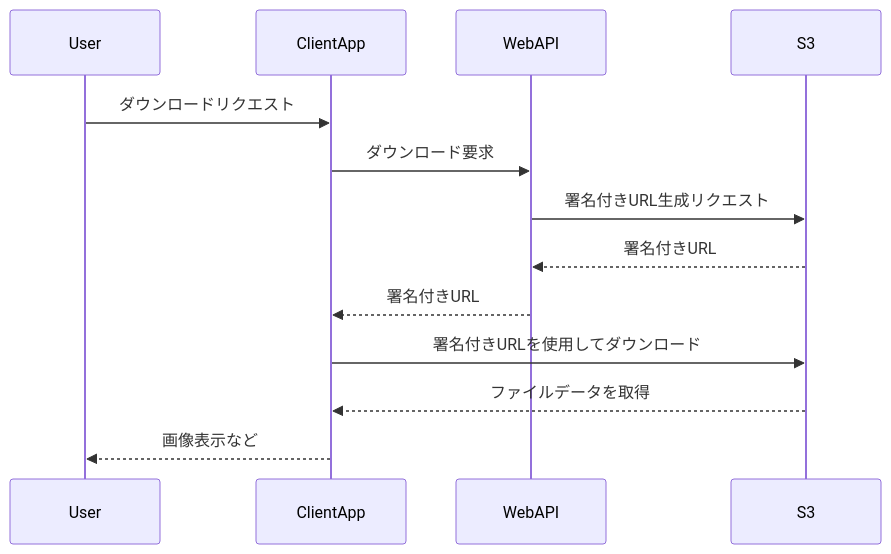
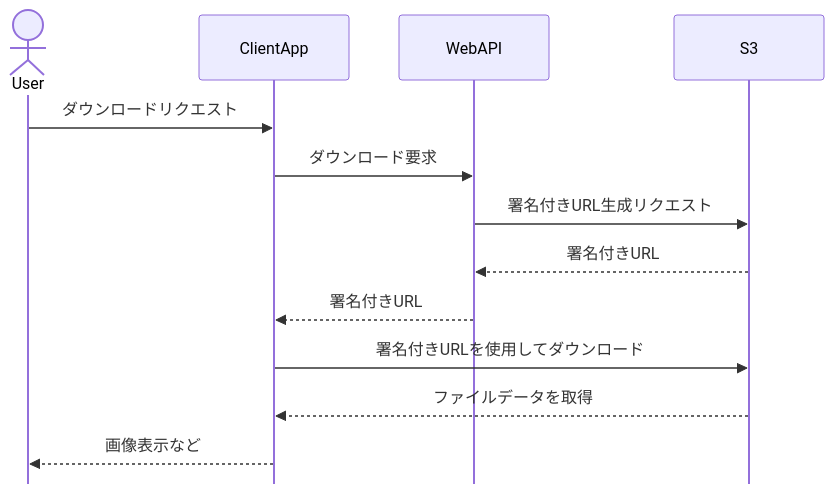
One commit to future-architect/arch-guidelines changed the third of 8 diagrams in documents/forWebAPI/web_api_guidelines.md. Above: the diagram before and after it, drawn with Mermaid. The commit also changed other lines of this file and 17 other files, not shown here.

````diff
--- a/documents/forWebAPI/web_api_guidelines.md
+++ b/documents/forWebAPI/web_api_guidelines.md
@@ -1349,16 +1351,17 @@
 ```mermaid
+%%{init: {'sequence': {'mirrorActors': false}}}%%
 sequenceDiagram
-    participant User
+    actor User
     participant ClientApp
     participant WebAPI
     participant S3
 
     User->>ClientApp: ダウンロードリクエスト
     ClientApp->>WebAPI: ダウンロード要求
     WebAPI->>S3: 署名付きURL生成リクエスト
     S3-->>WebAPI: 署名付きURL
     WebAPI-->>ClientApp: 署名付きURL
     ClientApp->>S3: 署名付きURLを使用してダウンロード
     S3-->>ClientApp: ファイルデータを取得
     ClientApp-->>User: 画像表示など
 ```
````
